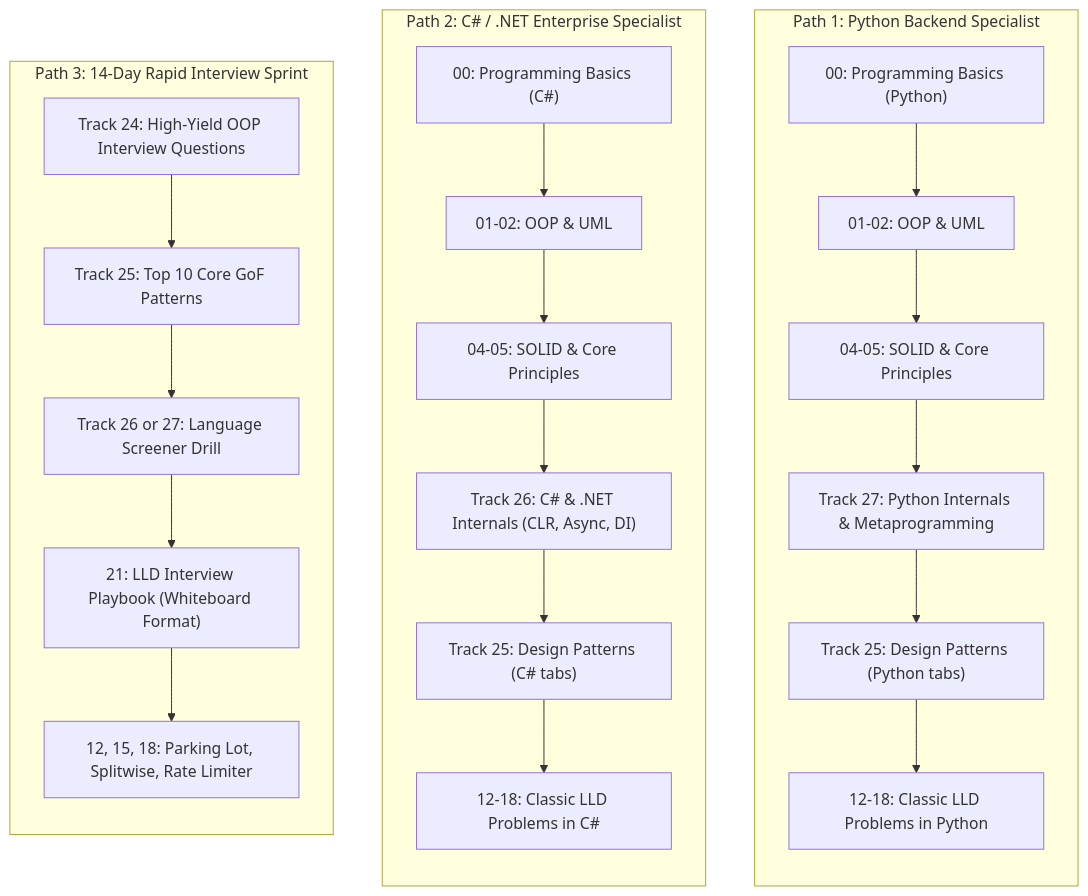
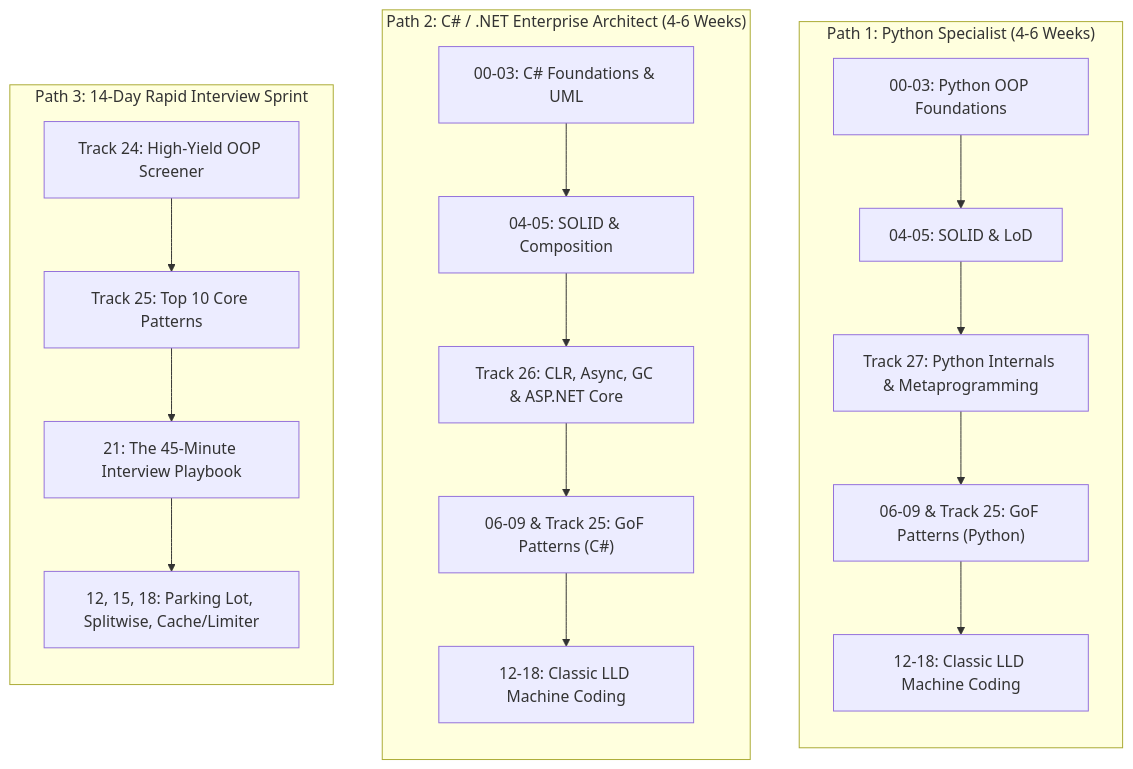
One commit to TapanKumarBarik/Backend-roadmap changed the third of 3 diagrams in content/lld/README.md. Above: the diagram before and after it, drawn with Mermaid. The commit also changed other lines of this file and 8 other files, not shown here.

Commit message:
feat(lld): gold standard LLD track overview and carousel tabs across multi-language code blocks

````diff
--- a/content/lld/README.md
+++ b/content/lld/README.md
@@ -63,28 +226,25 @@
 ```mermaid
 flowchart TD
-    subgraph PathA["Path 1: Python Backend Specialist"]
+    subgraph PathA["Path 1: Python Specialist (4-6 Weeks)"]
         direction TB
-        A1["00: Programming Basics (Python)"] --> A2["01-02: OOP & UML"]
-        A2 --> A3["04-05: SOLID & Core Principles"]
-        A3 --> A4["Track 27: Python Internals & Metaprogramming"]
-        A4 --> A5["Track 25: Design Patterns (Python tabs)"]
-        A5 --> A6["12-18: Classic LLD Problems in Python"]
+        A1["00-03: Python OOP Foundations"] --> A2["04-05: SOLID & LoD"]
+        A2 --> A3["Track 27: Python Internals & Metaprogramming"]
+        A3 --> A4["06-09 & Track 25: GoF Patterns (Python)"]
+        A4 --> A5["12-18: Classic LLD Machine Coding"]
     end
 
-    subgraph PathB["Path 2: C# / .NET Enterprise Specialist"]
+    subgraph PathB["Path 2: C# / .NET Enterprise Architect (4-6 Weeks)"]
         direction TB
-        B1["00: Programming Basics (C#)"] --> B2["01-02: OOP & UML"]
-        B2 --> B3["04-05: SOLID & Core Principles"]
-        B3 --> B4["Track 26: C# & .NET Internals (CLR, Async, DI)"]
-        B4 --> B5["Track 25: Design Patterns (C# tabs)"]
-        B5 --> B6["12-18: Classic LLD Problems in C#"]
+        B1["00-03: C# Foundations & UML"] --> B2["04-05: SOLID & Composition"]
+        B2 --> B3["Track 26: CLR, Async, GC & ASP.NET Core"]
+        B3 --> B4["06-09 & Track 25: GoF Patterns (C#)"]
+        B4 --> B5["12-18: Classic LLD Machine Coding"]
     end
 
     subgraph PathC["Path 3: 14-Day Rapid Interview Sprint"]
         direction TB
-        C1["Track 24: High-Yield OOP Interview Questions"] --> C2["Track 25: Top 10 Core GoF Patterns"]
-        C2 --> C3["Track 26 or 27: Language Screener Drill"]
-        C3 --> C4["21: LLD Interview Playbook (Whiteboard Format)"]
-        C4 --> C5["12, 15, 18: Parking Lot, Splitwise, Rate Limiter"]
+        C1["Track 24: High-Yield OOP Screener"] --> C2["Track 25: Top 10 Core Patterns"]
+        C2 --> C3["21: The 45-Minute Interview Playbook"]
+        C3 --> C4["12, 15, 18: Parking Lot, Splitwise, Cache/Limiter"]
     end
 ```
````
